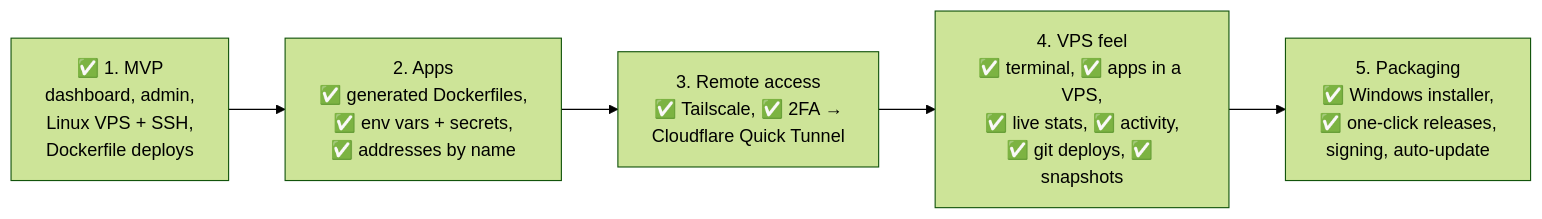
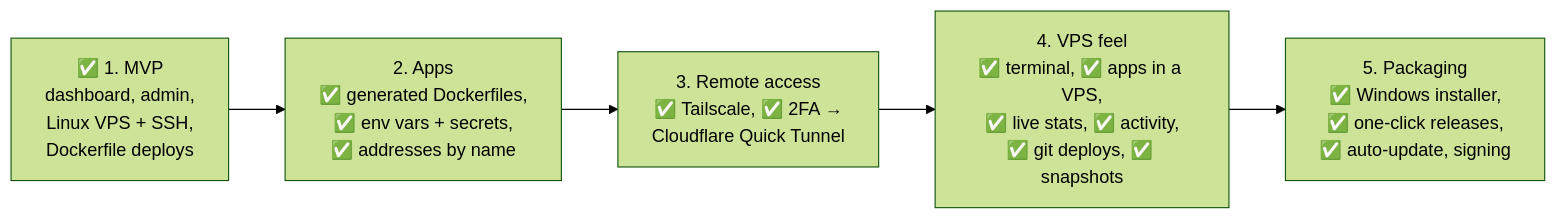
Before and after one commit to AbrarDW/lps: diagram 11 of 11 in README.md, drawn with Mermaid (forest theme). The commit also changed other lines of this file and 17 other files, not shown here.

````diff
--- a/README.md
+++ b/README.md
@@ -470,9 +472,9 @@
 ```mermaid
 flowchart LR
     m1["✅ 1. MVP<br/>dashboard, admin,<br/>Linux VPS + SSH,<br/>Dockerfile deploys"]
     m2["2. Apps<br/>✅ generated Dockerfiles,<br/>✅ env vars + secrets,<br/>✅ addresses by name"]
     m3["3. Remote access<br/>✅ Tailscale, ✅ 2FA →<br/>Cloudflare Quick Tunnel"]
     m4["4. VPS feel<br/>✅ terminal, ✅ apps in a VPS,<br/>✅ live stats, ✅ activity,<br/>✅ git deploys, ✅ snapshots"]
-    m5["5. Packaging<br/>✅ Windows installer,<br/>✅ one-click releases,<br/>signing, auto-update"]
+    m5["5. Packaging<br/>✅ Windows installer,<br/>✅ one-click releases,<br/>✅ auto-update, signing"]
     m1 --> m2 --> m3 --> m4 --> m5
 ```
````
